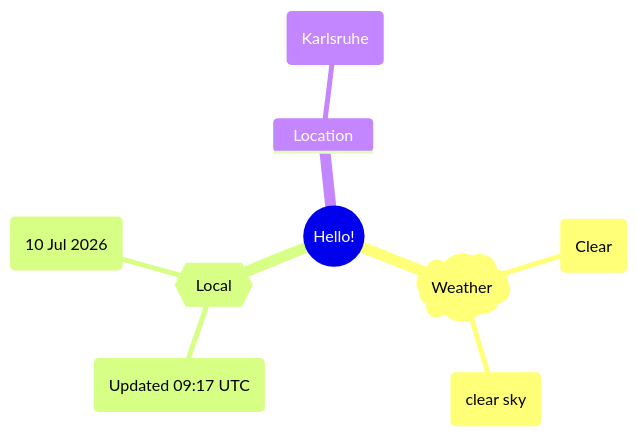
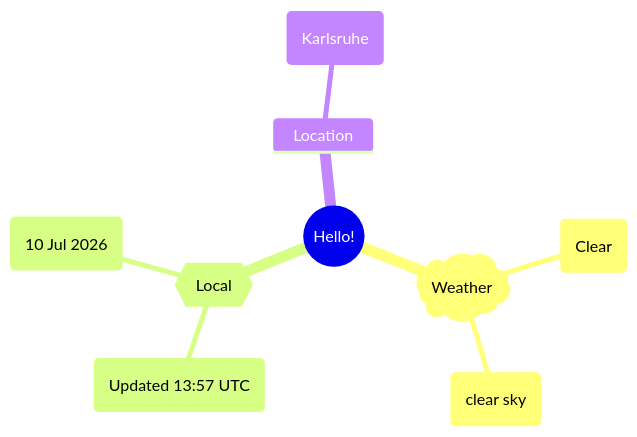
One commit to Xosrov/Xosrov changed the first of 2 diagrams in README.md. Above: the diagram before and after it, drawn with Mermaid.

Commit message:
[bot] updated images

````diff
--- a/README.md
+++ b/README.md
@@ -3,12 +3,12 @@
 ```mermaid
 mindmap
   root((Hello!))
     )Weather(
         (Clear)
         (clear sky)
     {{Local}}
-        (Updated 09:17 UTC)
+        (Updated 13:57 UTC)
         (10 Jul 2026)
     Location
         (Karlsruhe)
 ```
````
